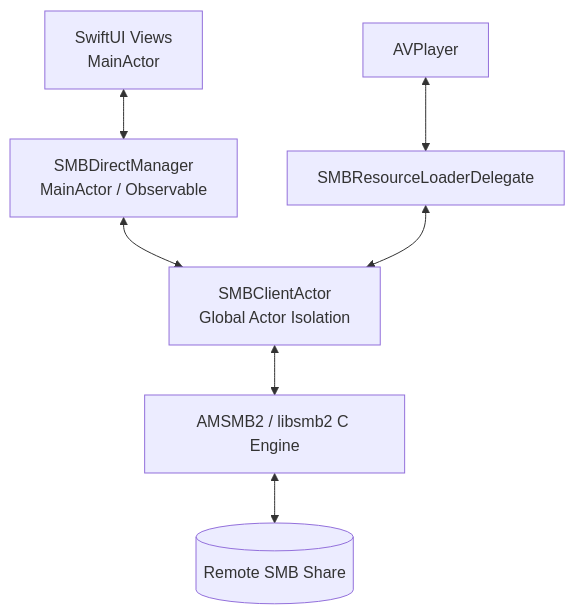
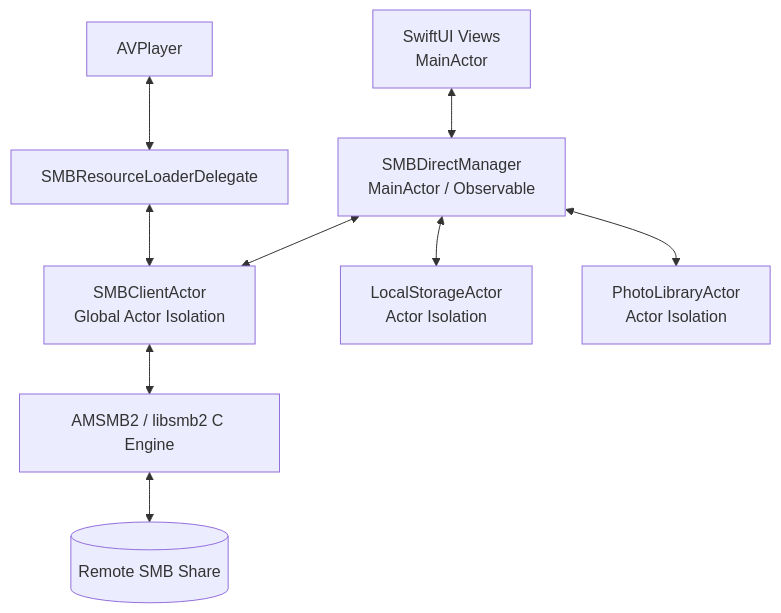
One commit to NivekAlunya/com.acme.ios.fichier changed the diagram in README.md. Above: the diagram before and after it, drawn with Mermaid. The commit also changed other lines of this file and 6 other files, not shown here.

First line of the commit message:
fix(core): ensure iOS 26 compatibility in PhotoLibraryActor and update README

````diff
--- a/README.md
+++ b/README.md
@@ -116,9 +154,11 @@
 ```mermaid
 flowchart TD
     UI[SwiftUI Views<br/>MainActor] <--> Manager[SMBDirectManager<br/>MainActor / Observable]
-    Manager <--> Actor[SMBClientActor<br/>Global Actor Isolation]
-    Actor <--> AMSMB2[AMSMB2 / libsmb2 C Engine]
+    Manager <--> SMBActor[SMBClientActor<br/>Global Actor Isolation]
+    Manager <--> LocalActor[LocalStorageActor<br/>Actor Isolation]
+    Manager <--> PhotoActor[PhotoLibraryActor<br/>Actor Isolation]
+    SMBActor <--> AMSMB2[AMSMB2 / libsmb2 C Engine]
     AMSMB2 <--> Network[(Remote SMB Share)]
     AVPlayer[AVPlayer] <--> ResourceLoader[SMBResourceLoaderDelegate]
-    ResourceLoader <--> Actor
+    ResourceLoader <--> SMBActor
 ```
````
